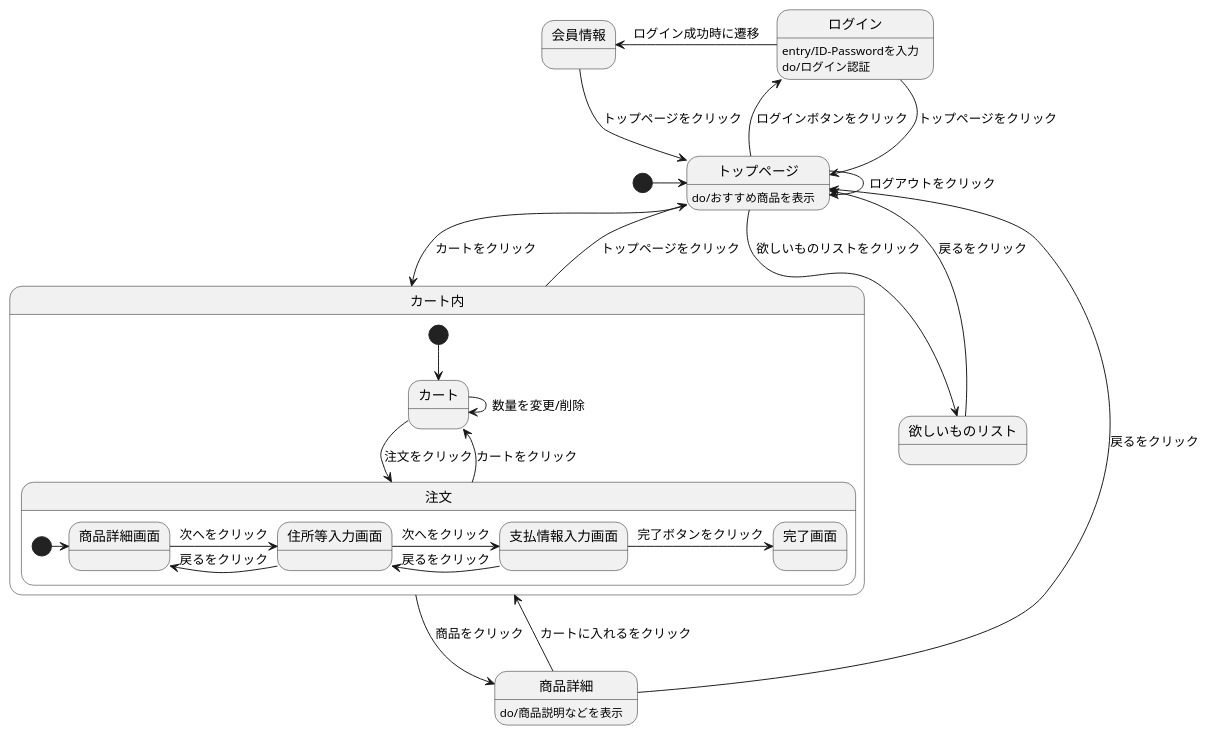
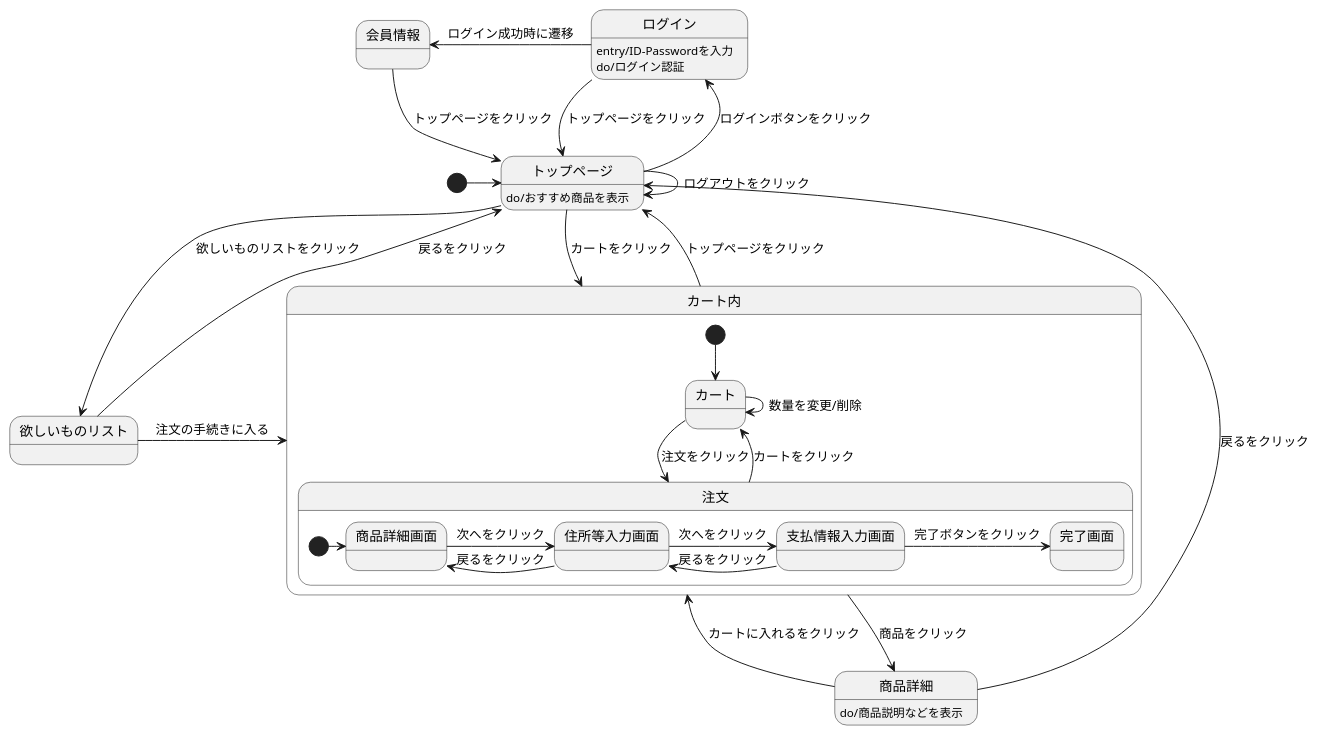
The diagram in orijinal.stw.md (Aso2101121/2021sys-design-2), drawn with PlantUML before and after one commit.

````diff
--- a/orijinal.stw.md
+++ b/orijinal.stw.md
@@ -1,36 +1,37 @@
 ```uml
 @startuml
 [*] -> トップページ
 トップページ : do/おすすめ商品を表示
 会員情報 --> トップページ : トップページをクリック
 ログイン --> トップページ : トップページをクリック
 トップページ --> トップページ : ログアウトをクリック
 トップページ -left-> ログイン : ログインボタンをクリック
 ログイン -left-> 会員情報 : ログイン成功時に遷移
 ログイン : entry/ID-Passwordを入力
 ログイン : do/ログイン認証
 トップページ --> カート内 : カートをクリック
 商品詳細 --> カート内 : カートに入れるをクリック
 商品詳細 --> トップページ : 戻るをクリック
 商品詳細 : do/商品説明などを表示
 カート内 -up-> トップページ : トップページをクリック
 カート内 -> 商品詳細 : 商品をクリック
 欲しいものリスト --> トップページ : 戻るをクリック
 トップページ -> 欲しいものリスト : 欲しいものリストをクリック
+欲しいものリスト -> カート内 : 注文の手続きに入る
 
 state カート内{
  [*] --> カート
  カート -> 注文 : 注文をクリック
  カート -> カート : 数量を変更/削除
  注文 --> カート : カートをクリック
  state 注文{
   [*] -> 商品詳細画面
   商品詳細画面 -> 住所等入力画面 : 次へをクリック
   住所等入力画面 -> 商品詳細画面 : 戻るをクリック
   住所等入力画面 -> 支払情報入力画面 : 次へをクリック
   支払情報入力画面 -> 住所等入力画面 : 戻るをクリック
   支払情報入力画面 -> 完了画面 : 完了ボタンをクリック
  }
 }
 @enduml
 ```
````
